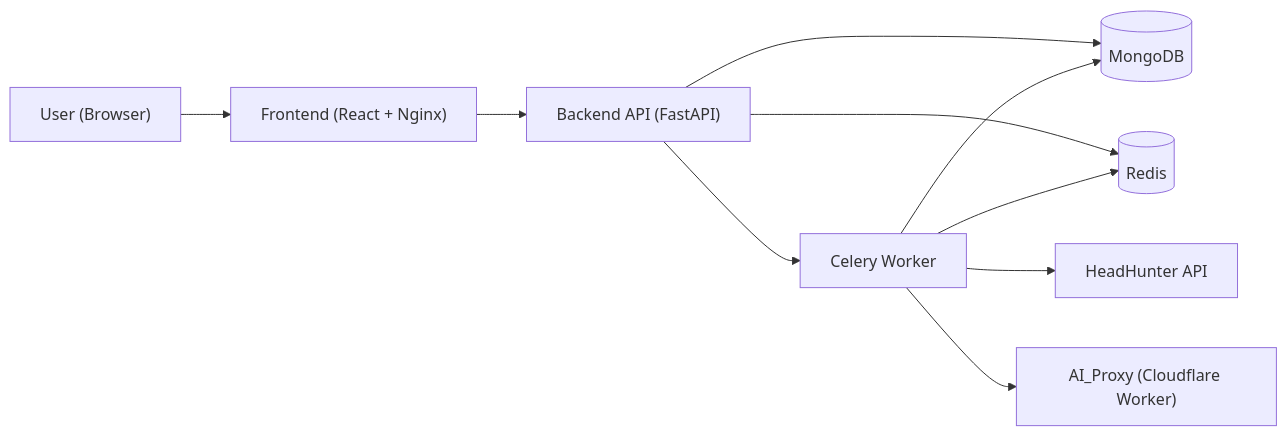
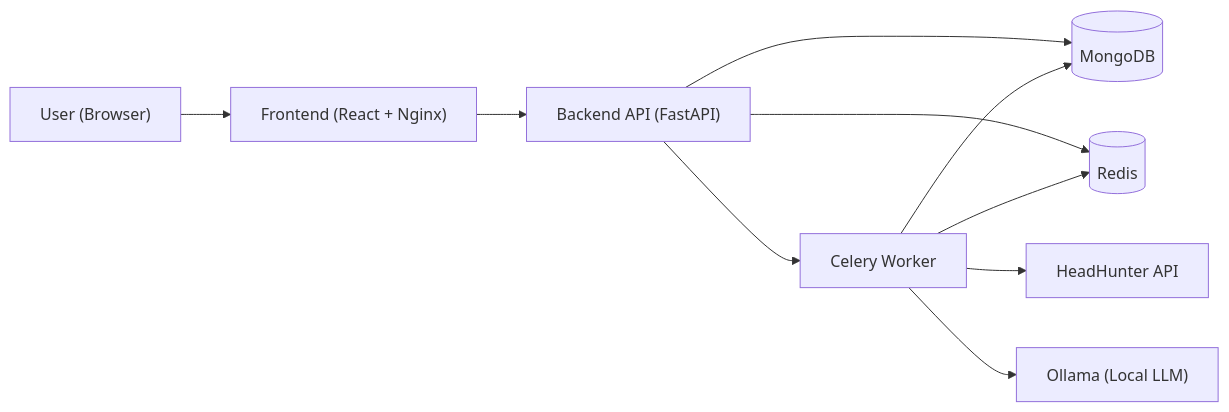
Before and after one commit to olegvagin57-lab/Ai_HH: the first of 3 diagrams in README.md, drawn with Mermaid. The commit also changed other lines of this file and 8 other files, not shown here.

Commit message:
chore: remove Cloudflare Worker integration; local AI only

````diff
--- a/README.md
+++ b/README.md
@@ -89,15 +90,15 @@
 ```mermaid
 flowchart LR
   User["User (Browser)"] --> Frontend["Frontend (React + Nginx)"]
   Frontend --> Backend["Backend API (FastAPI)"]
 
   Backend --> MongoDB[(MongoDB)]
   Backend --> Redis[(Redis)]
 
   Backend --> Celery["Celery Worker"]
   Celery --> Redis
   Celery --> MongoDB
 
   Celery --> HH["HeadHunter API"]
-  Celery --> AIProxy["AI_Proxy (Cloudflare Worker)"]
+  Celery --> Ollama["Ollama (Local LLM)"]
 ```
````
